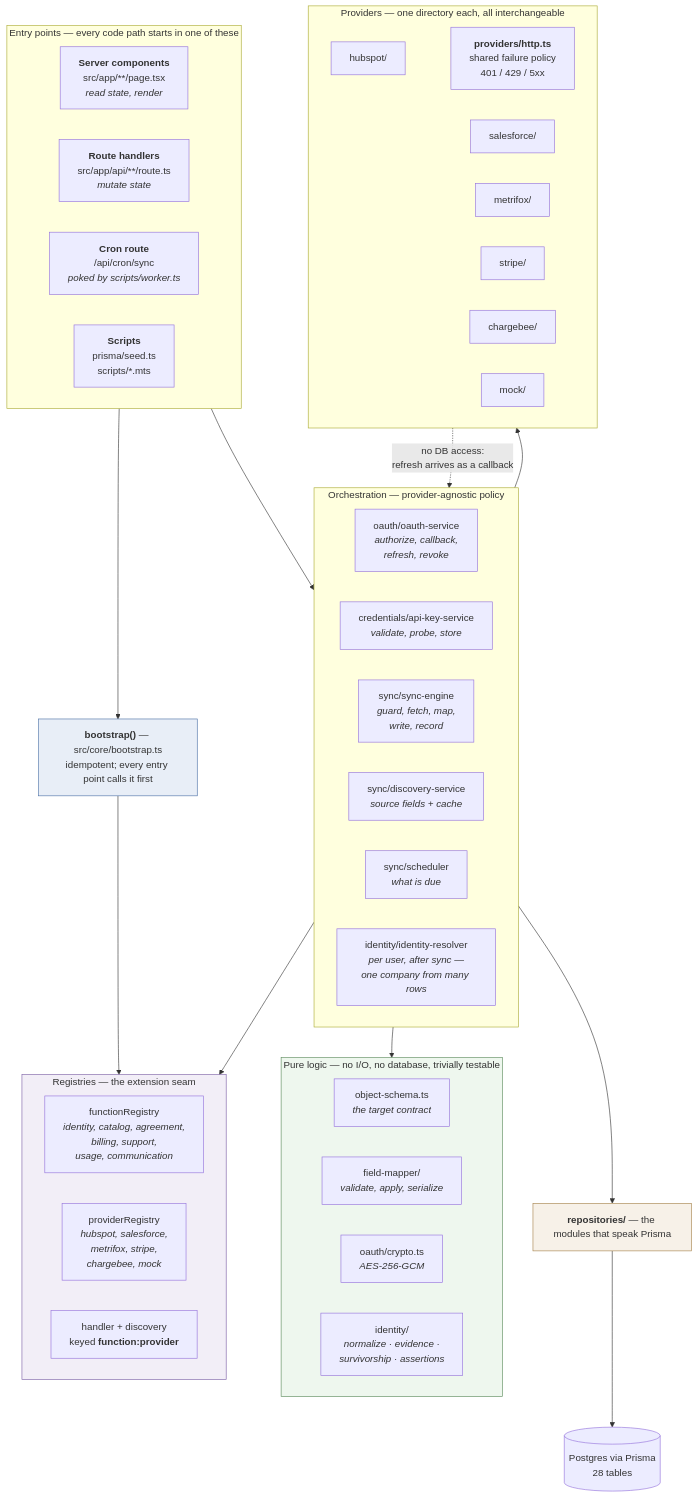
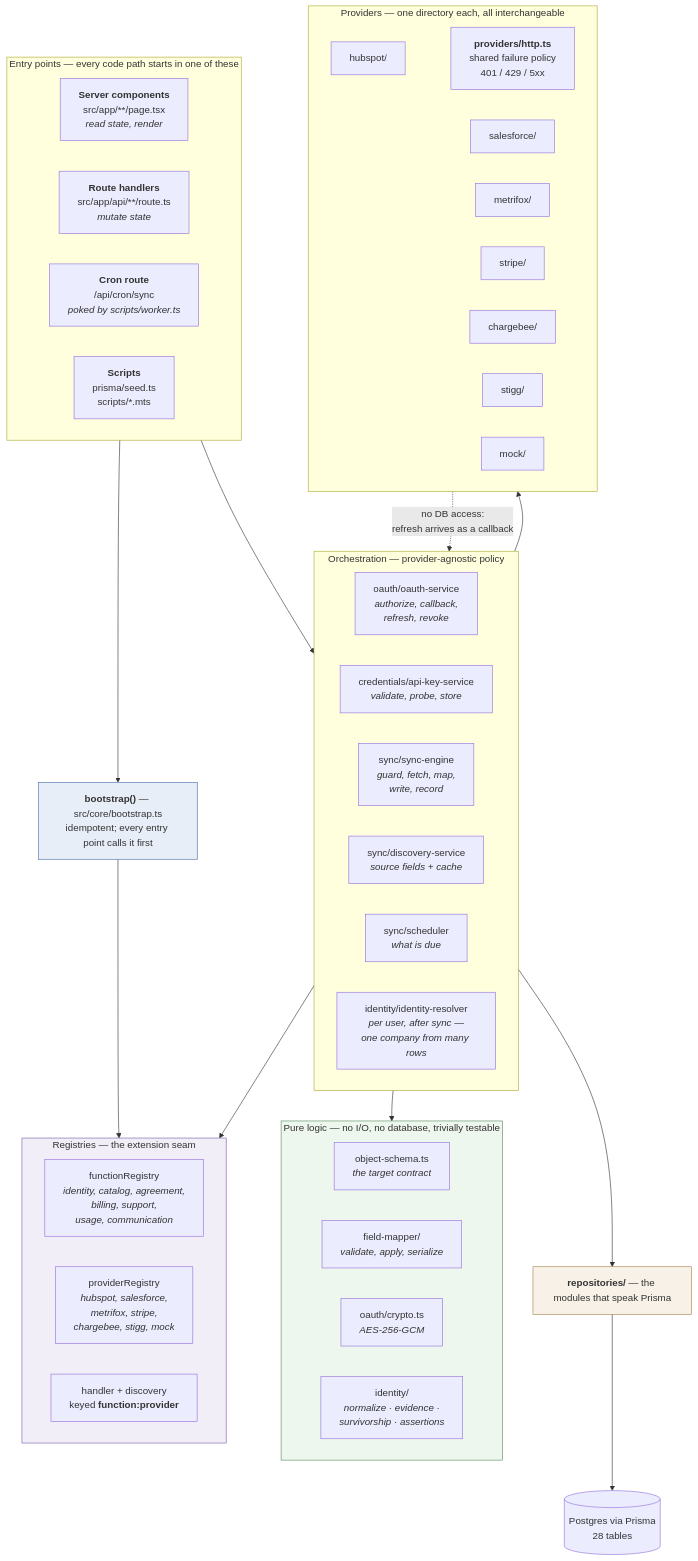
Before and after one commit to ajibade-ibrahim/Integration-Demo: the first of 9 diagrams in docs/architecture.md, drawn with Mermaid. The commit also changed other lines of this file and 10 other files, not shown here.

````diff
--- a/docs/architecture.md
+++ b/docs/architecture.md
@@ -25,67 +25,68 @@
 ```mermaid
 flowchart TB
     subgraph entry["Entry points — every code path starts in one of these"]
         direction LR
         PAGES["<b>Server components</b><br/>src/app/**/page.tsx<br/><i>read state, render</i>"]
         ROUTES["<b>Route handlers</b><br/>src/app/api/**/route.ts<br/><i>mutate state</i>"]
         CRONR["<b>Cron route</b><br/>/api/cron/sync<br/><i>poked by scripts/worker.ts</i>"]
         SCRIPTS["<b>Scripts</b><br/>prisma/seed.ts<br/>scripts/*.mts"]
     end
 
     BOOT["<b>bootstrap()</b> — src/core/bootstrap.ts<br/>idempotent; every entry point calls it first"]
 
     subgraph registries["Registries — the extension seam"]
         direction LR
         FREG["functionRegistry<br/><i>identity, catalog, agreement,<br/>billing, support,<br/>usage, communication</i>"]
-        PREG["providerRegistry<br/><i>hubspot, salesforce,<br/>metrifox, stripe,<br/>chargebee, mock</i>"]
+        PREG["providerRegistry<br/><i>hubspot, salesforce,<br/>metrifox, stripe,<br/>chargebee, stigg, mock</i>"]
         HREG["handler + discovery<br/>keyed <b>function:provider</b>"]
     end
 
     subgraph services["Orchestration — provider-agnostic policy"]
         direction LR
         OAUTHS["oauth/oauth-service<br/><i>authorize, callback,<br/>refresh, revoke</i>"]
         KEYS["credentials/api-key-service<br/><i>validate, probe, store</i>"]
         ENGINE["sync/sync-engine<br/><i>guard, fetch, map,<br/>write, record</i>"]
         DISCO["sync/discovery-service<br/><i>source fields + cache</i>"]
         SCHED["sync/scheduler<br/><i>what is due</i>"]
         RESOLVE["identity/identity-resolver<br/><i>per user, after sync —<br/>one company from many rows</i>"]
     end
 
     subgraph pure["Pure logic — no I/O, no database, trivially testable"]
         direction LR
         SCHEMA["object-schema.ts<br/><i>the target contract</i>"]
         MAPPER["field-mapper/<br/><i>validate, apply, serialize</i>"]
         CRYPTO["oauth/crypto.ts<br/><i>AES-256-GCM</i>"]
         IDENT["identity/<br/><i>normalize · evidence ·<br/>survivorship · assertions</i>"]
     end
 
     subgraph provs["Providers — one directory each, all interchangeable"]
         direction LR
         HS["hubspot/"]
         SF["salesforce/"]
         MF["metrifox/"]
         ST["stripe/"]
         CB["chargebee/"]
+        SG["stigg/"]
         MK["mock/"]
         HTTP["<b>providers/http.ts</b><br/>shared failure policy<br/>401 / 429 / 5xx"]
     end
 
     REPOS["<b>repositories/</b> — the modules that speak Prisma"]
     DB[("Postgres via Prisma<br/>28 tables")]
 
     entry --> BOOT
     BOOT --> registries
     entry --> services
     services --> registries
     services --> pure
     services --> provs
     provs --> HTTP
     services --> REPOS
     provs -.->|"no DB access:<br/>refresh arrives as a callback"| services
     REPOS --> DB
 
     style BOOT fill:#e8eef7,stroke:#4a6fa5
     style registries fill:#f2eef7,stroke:#7a5fa5
     style pure fill:#eef7ee,stroke:#5a8a5a
     style REPOS fill:#f7f1e8,stroke:#a5824a
 ```
````
